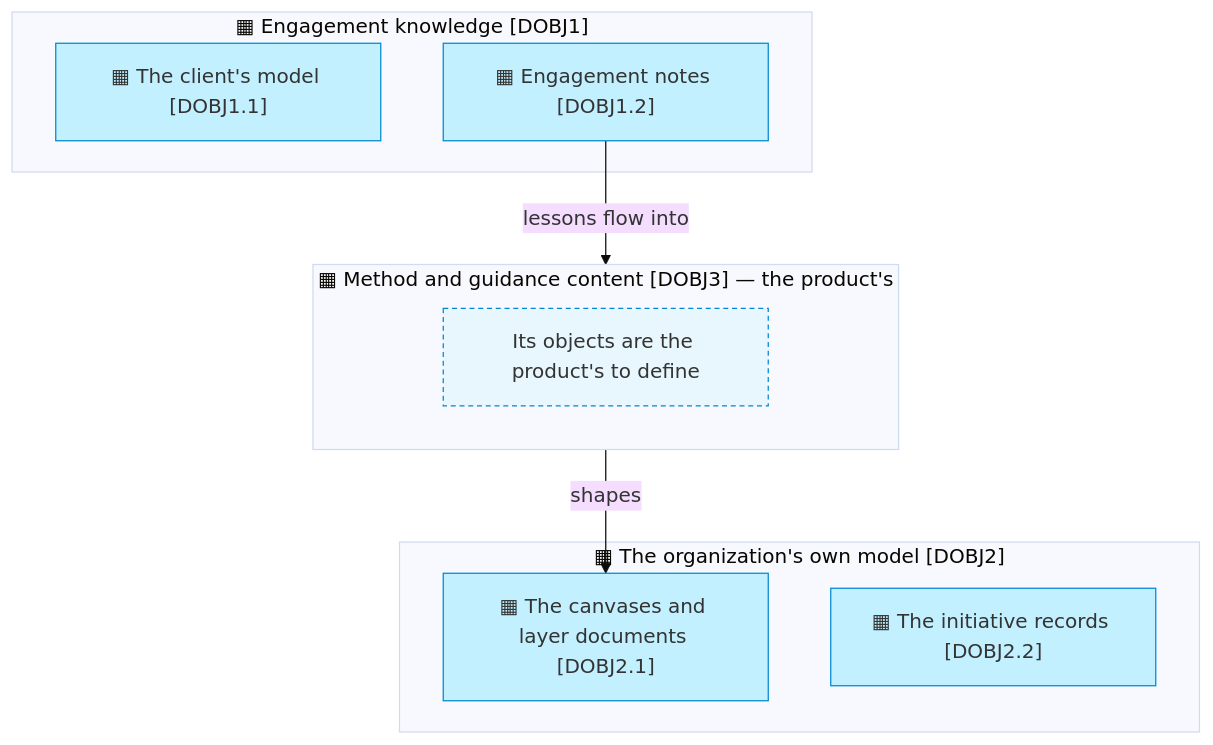
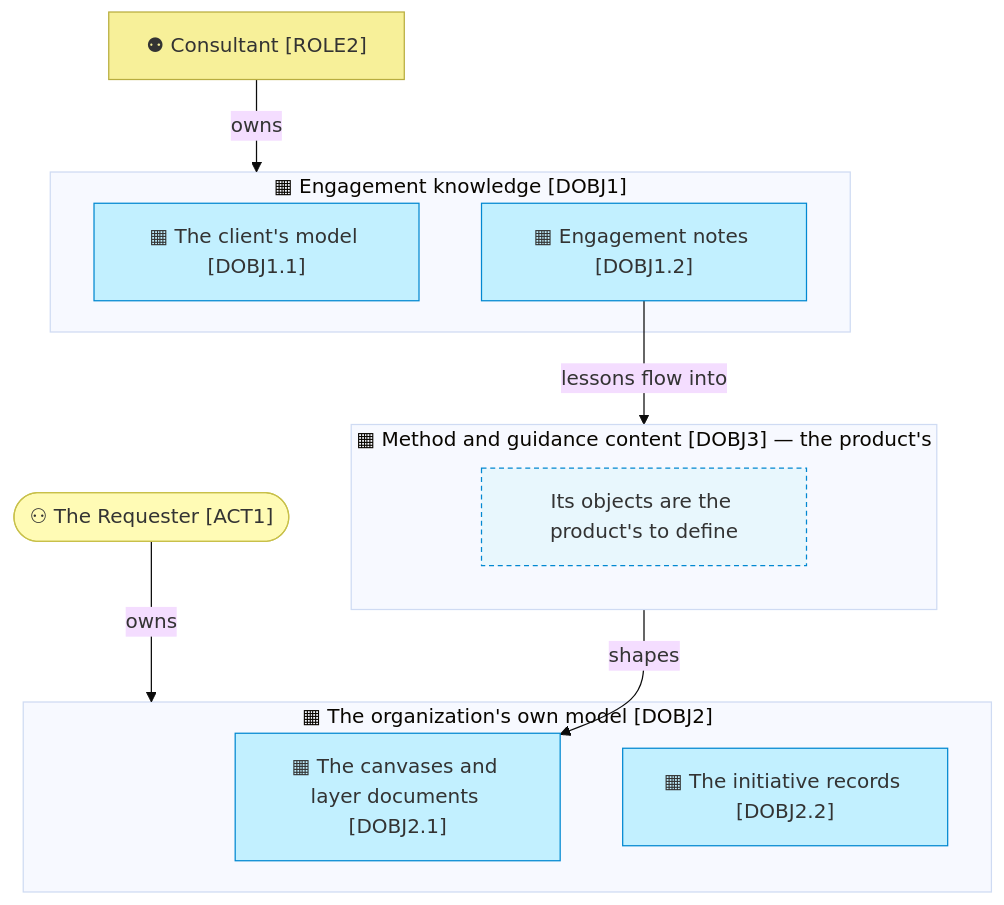
Before and after one commit to roanboc/architecture-archreator: the second of 2 diagrams in org-archreator/architecture/3_information/1_information-domains-and-objects.md, drawn with Mermaid (base theme). The commit also changed other lines of this file and 17 other files, not shown here.

````diff
--- a/org-archreator/architecture/3_information/1_information-domains-and-objects.md
+++ b/org-archreator/architecture/3_information/1_information-domains-and-objects.md
@@ -23,20 +30,28 @@
 ```mermaid
 flowchart TB
   subgraph d1["▦ Engagement knowledge [DOBJ1]"]
     d11["▦ The client's model [DOBJ1.1]"]:::info
     d12["▦ Engagement notes [DOBJ1.2]"]:::info
   end
   subgraph d2["▦ The organization's own model [DOBJ2]"]
     d21["▦ The canvases and layer documents [DOBJ2.1]"]:::info
     d22["▦ The initiative records [DOBJ2.2]"]:::info
   end
   subgraph d3["▦ Method and guidance content [DOBJ3] — the product's"]
     d3note["Its objects are the product's to define"]:::ext
   end
 
+  r2["⚉ Consultant [ROLE2]"]:::role
+  a1(["⚇ The Requester [ACT1]"]):::business
+
+  r2 -->|owns| d1
+  a1 -->|owns| d2
+
   d12 -->|lessons flow into| d3
   d3 -->|shapes| d21
 
   classDef info fill:#c2f0ff,stroke:#0288d1,color:#333
+  classDef business fill:#fffbb5,stroke:#c8c04a,color:#333
+  classDef role fill:#f7f099,stroke:#b8ad3f,color:#333
   classDef ext fill:#e8f7fd,stroke:#0288d1,color:#333,stroke-dasharray: 4 3
 ```
````
